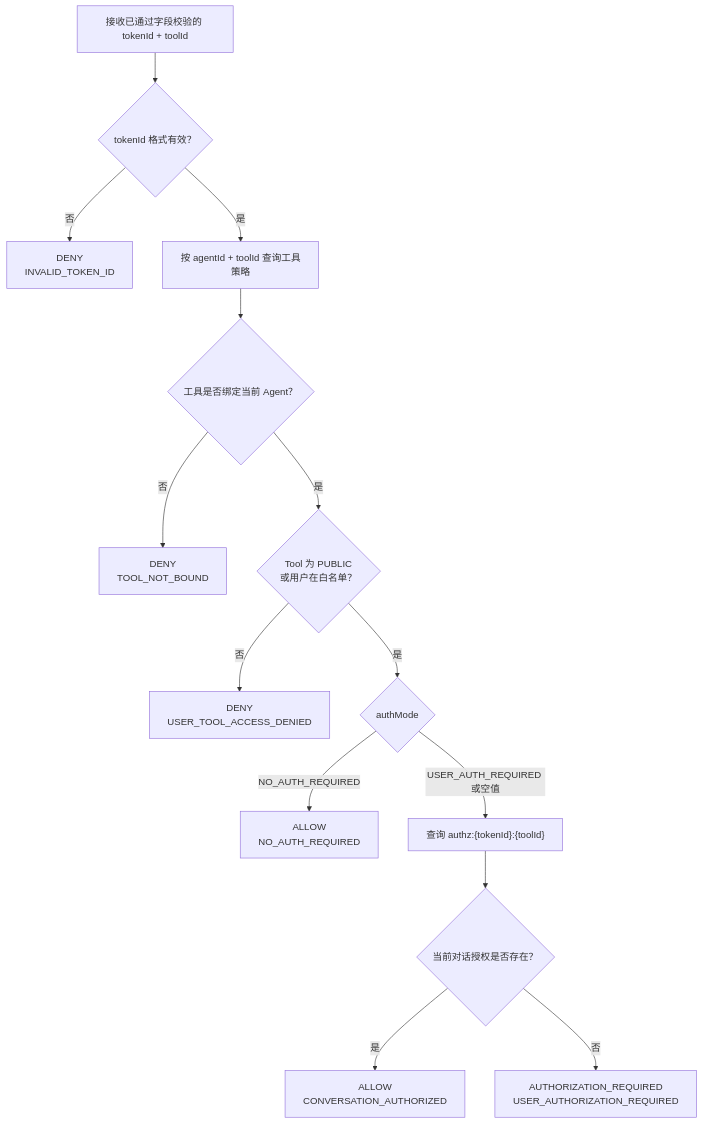
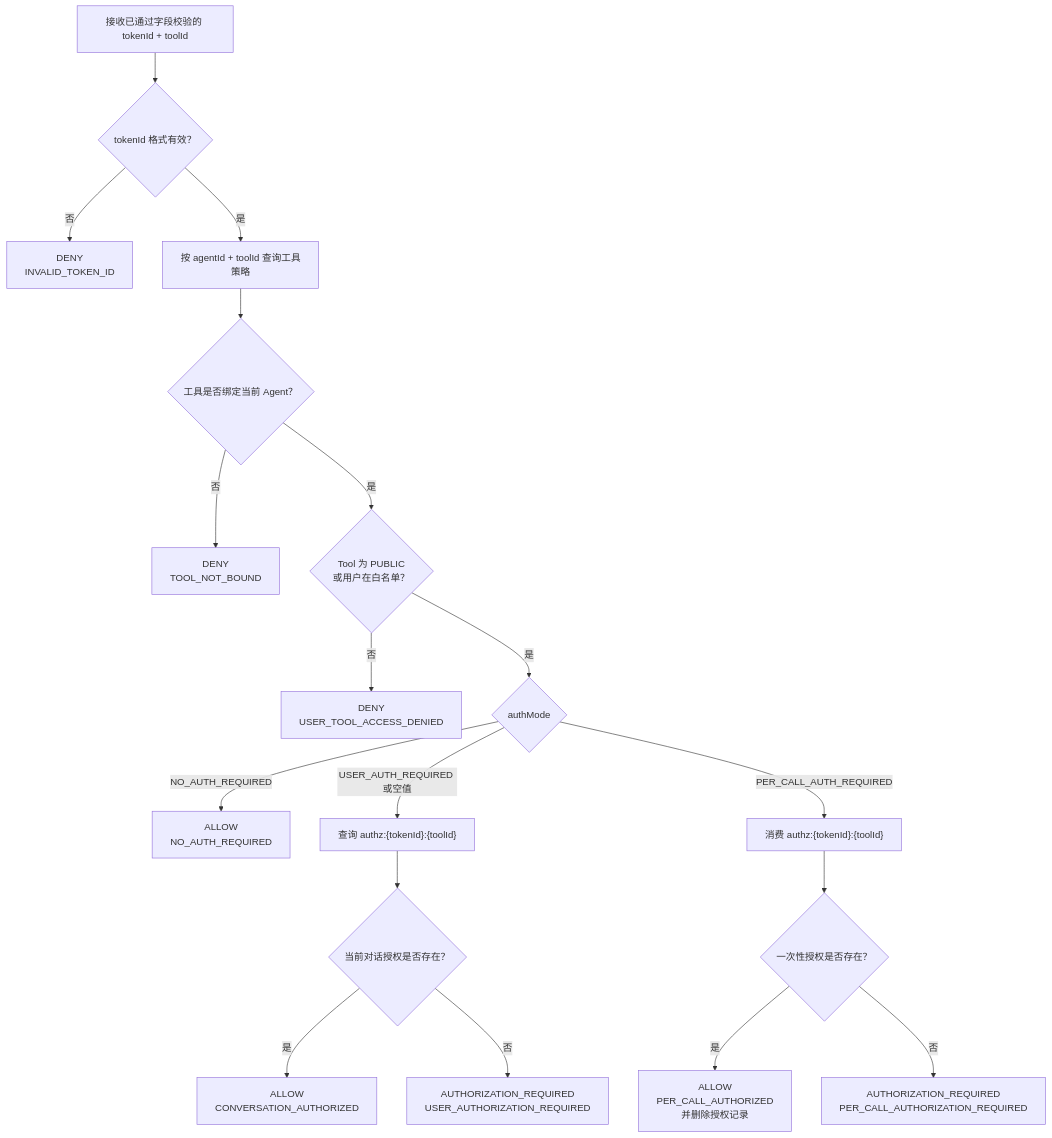
The diagram in docs/02-policy-center/01-policy-center-spec.md (xuning117634-ux/agent-auth-design), drawn with Mermaid before and after one commit. The commit also changed other lines of this file and 31 other files, not shown here.

Commit message:
feat: support per-call authorization mode

````diff
--- a/docs/02-policy-center/01-policy-center-spec.md
+++ b/docs/02-policy-center/01-policy-center-spec.md
@@ -98,19 +104,23 @@
 ```mermaid
 flowchart TD
     request["接收已通过字段校验的 tokenId + toolId"] --> validate{"tokenId 格式有效？"}
     validate -->|"否"| invalid["DENY<br/>INVALID_TOKEN_ID"]
     validate -->|"是"| policy["按 agentId + toolId 查询工具策略"]
 
     policy --> bound{"工具是否绑定当前 Agent？"}
     bound -->|"否"| unbound["DENY<br/>TOOL_NOT_BOUND"]
     bound -->|"是"| userPolicy{"Tool 为 PUBLIC<br/>或用户在白名单？"}
 
     userPolicy -->|"否"| userDenied["DENY<br/>USER_TOOL_ACCESS_DENIED"]
     userPolicy -->|"是"| mode{"authMode"}
     mode -->|"NO_AUTH_REQUIRED"| noAuth["ALLOW<br/>NO_AUTH_REQUIRED"]
     mode -->|"USER_AUTH_REQUIRED 或空值"| grant["查询 authz:{tokenId}:{toolId}"]
+    mode -->|"PER_CALL_AUTH_REQUIRED"| perCallGrant["消费 authz:{tokenId}:{toolId}"]
 
     grant --> hit{"当前对话授权是否存在？"}
     hit -->|"是"| authorized["ALLOW<br/>CONVERSATION_AUTHORIZED"]
     hit -->|"否"| required["AUTHORIZATION_REQUIRED<br/>USER_AUTHORIZATION_REQUIRED"]
+    perCallGrant --> perCallHit{"一次性授权是否存在？"}
+    perCallHit -->|"是"| perCallAuthorized["ALLOW<br/>PER_CALL_AUTHORIZED<br/>并删除授权记录"]
+    perCallHit -->|"否"| perCallRequired["AUTHORIZATION_REQUIRED<br/>PER_CALL_AUTHORIZATION_REQUIRED"]
 ```
````
